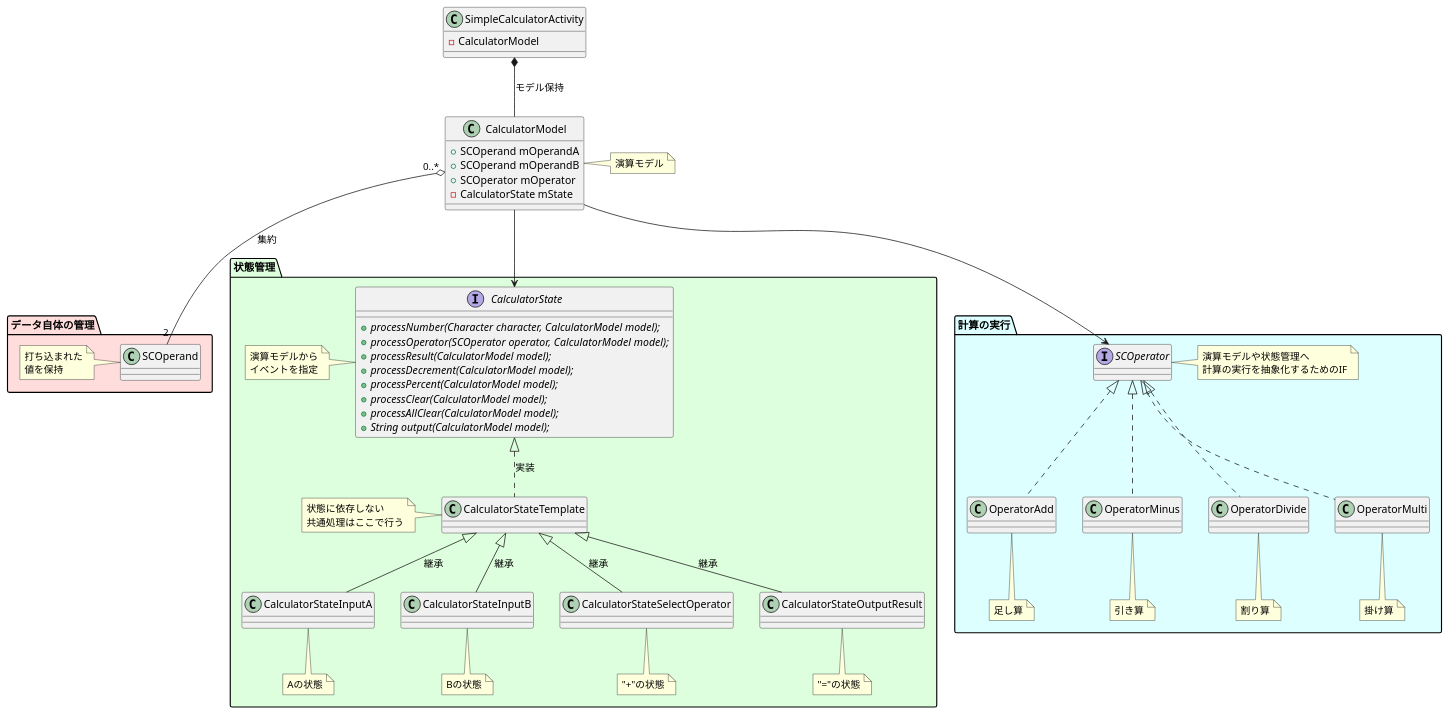
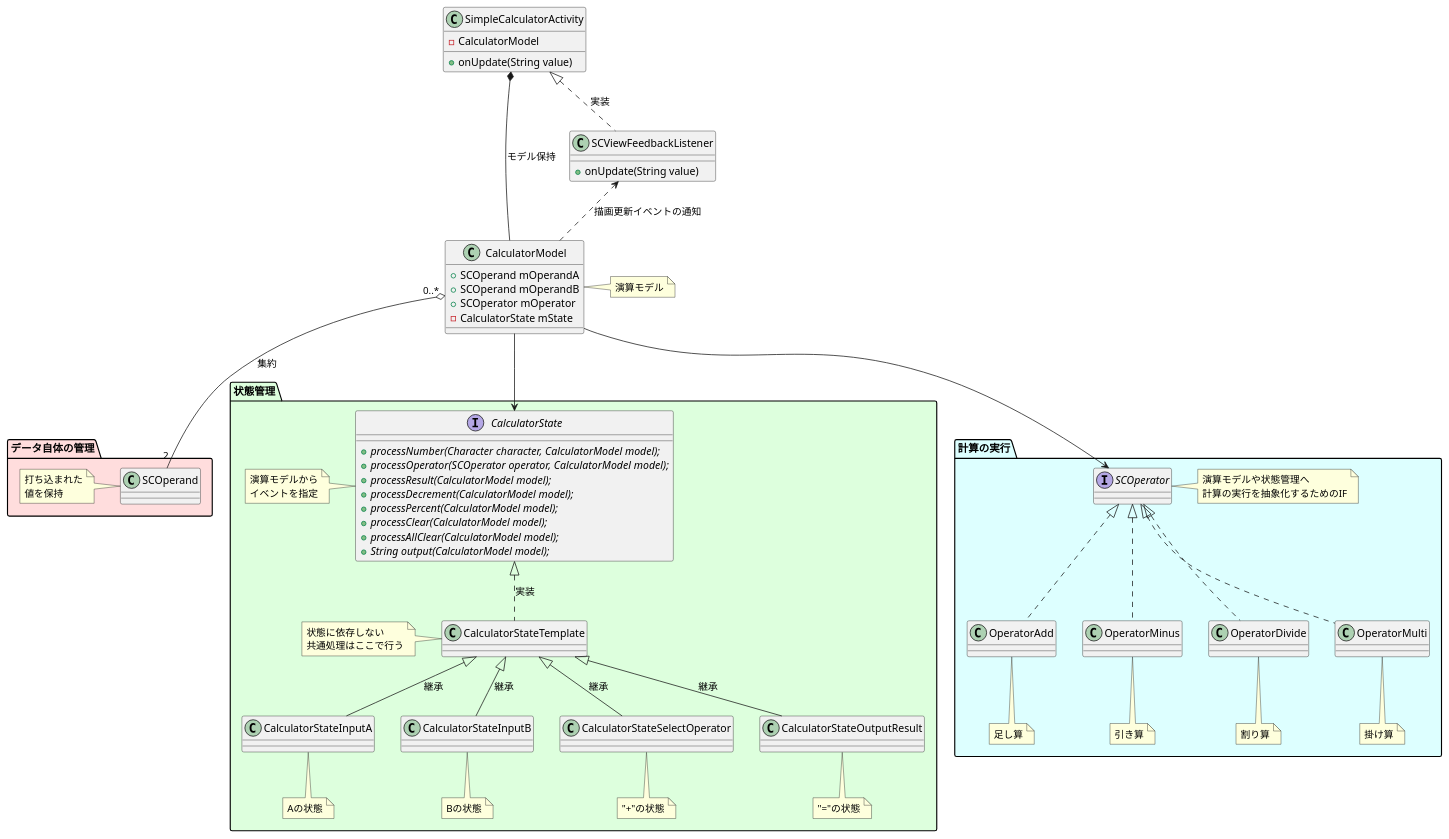
The diagram in app/sampledata/class.puml (sawaikatyou/SimpleCalculator), drawn with PlantUML before and after one commit.

Commit message:
クラス図を更新

```diff
--- a/app/sampledata/class.puml
+++ b/app/sampledata/class.puml
@@ -1,126 +1,135 @@
 @startuml
 
 
 /'  ここから各クラスの定義 '/
 
 class SimpleCalculatorActivity {
 - CalculatorModel
++ onUpdate(String value)
 }
+
+class SCViewFeedbackListener {
+    + onUpdate(String value)
+}
+
+SimpleCalculatorActivity <|.. SCViewFeedbackListener : 実装
+SCViewFeedbackListener <.. CalculatorModel : 描画更新イベントの通知
 
 class CalculatorModel {
 + SCOperand mOperandA
 + SCOperand mOperandB
 + SCOperator mOperator
 - CalculatorState mState
 }
 
 note right
   演算モデル
 end note
+
 
 package "データ自体の管理" #FFDDDD {
     class SCOperand {
     }
     note left
       打ち込まれた
       値を保持
     end note
 
     SimpleCalculatorActivity *-- CalculatorModel : モデル保持
     CalculatorModel "0..*" o-d- "2" SCOperand : 集約
 }
 
 package "状態管理" #DDFFDD {
     CalculatorModel --> CalculatorState
     interface CalculatorState {
     + {abstract} processNumber(Character character, CalculatorModel model);
     + {abstract} processOperator(SCOperator operator, CalculatorModel model);
     + {abstract} processResult(CalculatorModel model);
     + {abstract} processDecrement(CalculatorModel model);
     + {abstract} processPercent(CalculatorModel model);
     + {abstract} processClear(CalculatorModel model);
     + {abstract} processAllClear(CalculatorModel model);
     + {abstract} String output(CalculatorModel model);
     }
     note left
       演算モデルから
       イベントを指定
     end note
 
     class CalculatorStateTemplate {
     }
     note left
       状態に依存しない
       共通処理はここで行う
     end note
 
     class CalculatorStateInputA {
     }
     note bottom
       Aの状態
     end note
 
     class CalculatorStateInputB {
     }
     note bottom
       Bの状態
     end note
 
     class CalculatorStateSelectOperator {
     }
     note bottom
       "+"の状態
     end note
 
     class CalculatorStateOutputResult {
     }
     note bottom
       "="の状態
     end note
 
     CalculatorState <|.. CalculatorStateTemplate : 実装
     CalculatorStateTemplate  <|-- CalculatorStateInputA : 継承
     CalculatorStateTemplate  <|--  CalculatorStateInputB : 継承
     CalculatorStateTemplate  <|--  CalculatorStateOutputResult : 継承
     CalculatorStateTemplate  <|--  CalculatorStateSelectOperator : 継承
 
 }
 
 package "計算の実行" #DDFFFF {
     interface SCOperator {
     }
     note right
       演算モデルや状態管理へ
       計算の実行を抽象化するためのIF
     end note
 
     class OperatorAdd {
     }
     note bottom
       足し算
     end note
 
     class OperatorMinus {
     }
     note bottom
       引き算
     end note
 
     class OperatorDivide {
     }
     note bottom
       割り算
     end note
     class OperatorMulti {
     }
     note bottom
       掛け算
     end note
 
     CalculatorModel --> SCOperator
     SCOperator <|.. OperatorAdd
     SCOperator <|.. OperatorDivide
     SCOperator <|.. OperatorMinus
     SCOperator <|.. OperatorMulti
 }
 @enduml
```
